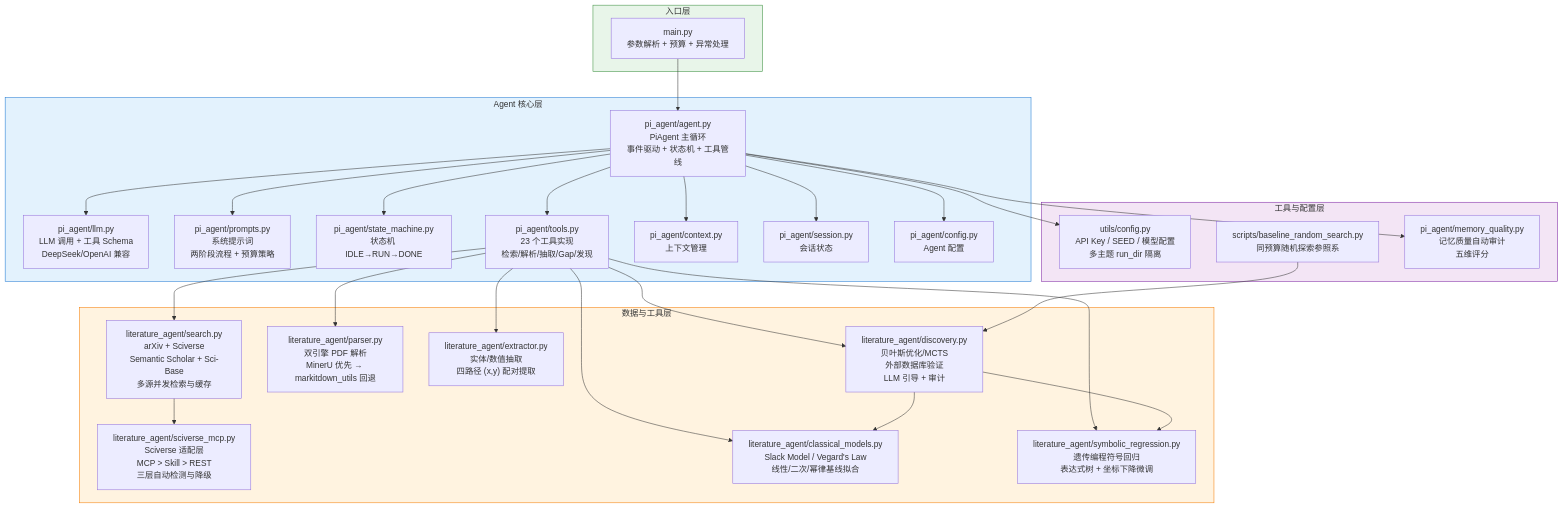
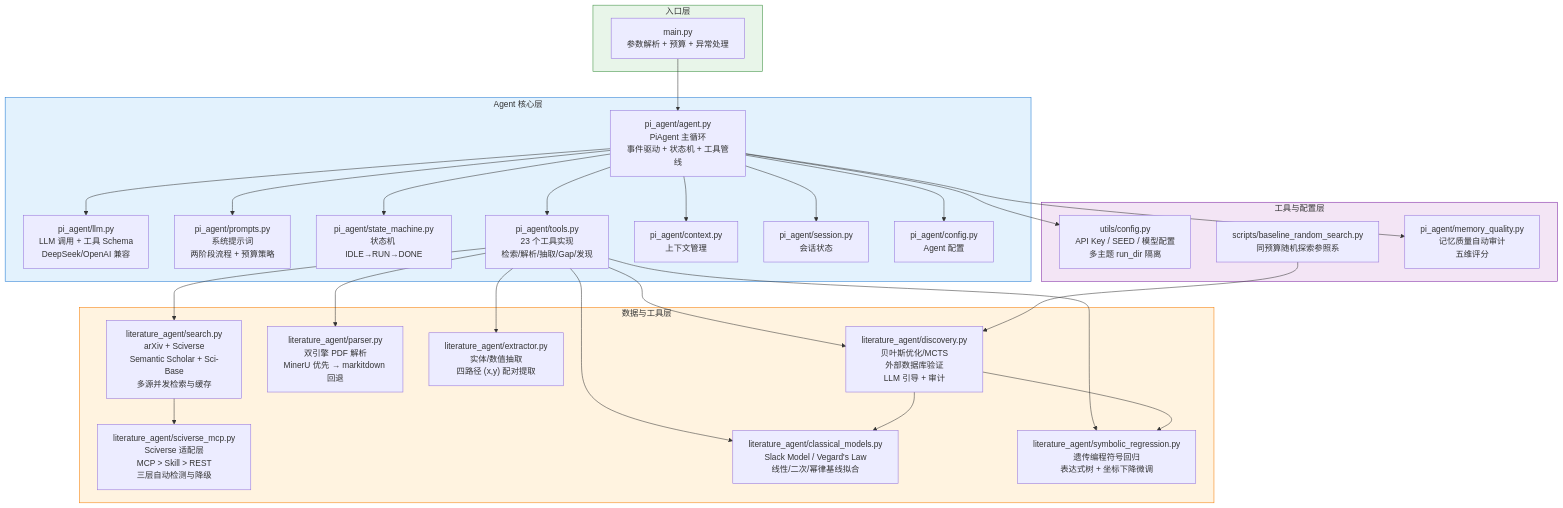
The fourth of 5 diagrams in docs/ARCHITECTURE.md (Alwayshere-su/pi-agent), drawn with Mermaid before and after one commit. The commit also changed other lines of this file and 6 other files, not shown here.

````diff
--- a/docs/ARCHITECTURE.md
+++ b/docs/ARCHITECTURE.md
@@ -129,62 +129,62 @@
 ```mermaid
 graph TD
     subgraph Entry["入口层"]
         main["main.py<br/>参数解析 + 预算 + 异常处理"]
     end
 
     subgraph AgentCore["Agent 核心层"]
         agent["pi_agent/agent.py<br/>PiAgent 主循环<br/>事件驱动 + 状态机 + 工具管线"]
         llm["pi_agent/llm.py<br/>LLM 调用 + 工具 Schema<br/>DeepSeek/OpenAI 兼容"]
         prompts["pi_agent/prompts.py<br/>系统提示词<br/>两阶段流程 + 预算策略"]
         state_machine["pi_agent/state_machine.py<br/>状态机 IDLE→RUN→DONE"]
         tools["pi_agent/tools.py<br/>23 个工具实现<br/>检索/解析/抽取/Gap/发现"]
         context["pi_agent/context.py<br/>上下文管理"]
         session["pi_agent/session.py<br/>会话状态"]
         config_pi["pi_agent/config.py<br/>Agent 配置"]
     end
 
     subgraph DataLayer["数据与工具层"]
         search["literature_agent/search.py<br/>arXiv + Sciverse<br/>Semantic Scholar + Sci-Base<br/>多源并发检索与缓存"]
         sciverse["literature_agent/sciverse_mcp.py<br/>Sciverse 适配层<br/>MCP > Skill > REST<br/>三层自动检测与降级"]
-        parser["literature_agent/parser.py<br/>双引擎 PDF 解析<br/>MinerU 优先 → markitdown_utils 回退"]
+        parser["literature_agent/parser.py<br/>双引擎 PDF 解析<br/>MinerU 优先 → markitdown 回退"]
         extractor["literature_agent/extractor.py<br/>实体/数值抽取<br/>四路径 (x,y) 配对提取"]
         discovery["literature_agent/discovery.py<br/>贝叶斯优化/MCTS<br/>外部数据库验证<br/>LLM 引导 + 审计"]
         classical["literature_agent/classical_models.py<br/>Slack Model / Vegard's Law<br/>线性/二次/幂律基线拟合"]
         symreg["literature_agent/symbolic_regression.py<br/>遗传编程符号回归<br/>表达式树 + 坐标下降微调"]
     end
 
     subgraph Utils["工具与配置层"]
         config["utils/config.py<br/>API Key / SEED / 模型配置<br/>多主题 run_dir 隔离"]
         baseline["scripts/baseline_random_search.py<br/>同预算随机探索参照系"]
         memory_quality["pi_agent/memory_quality.py<br/>记忆质量自动审计<br/>五维评分"]
     end
 
     main --> agent
     agent --> llm
     agent --> prompts
     agent --> state_machine
     agent --> tools
     agent --> context
     agent --> session
     agent --> config_pi
     agent --> config
 
     tools --> search
     tools --> parser
     tools --> extractor
     tools --> discovery
     tools --> classical
     tools --> symreg
 
     search --> sciverse
     discovery --> classical
     discovery --> symreg
 
     baseline --> discovery
     agent --> memory_quality
 
     style Entry fill:#e8f5e9,stroke:#388e3c
     style AgentCore fill:#e3f2fd,stroke:#1976d2
     style DataLayer fill:#fff3e0,stroke:#f57c00
     style Utils fill:#f3e5f5,stroke:#7b1fa2
 ```
````
